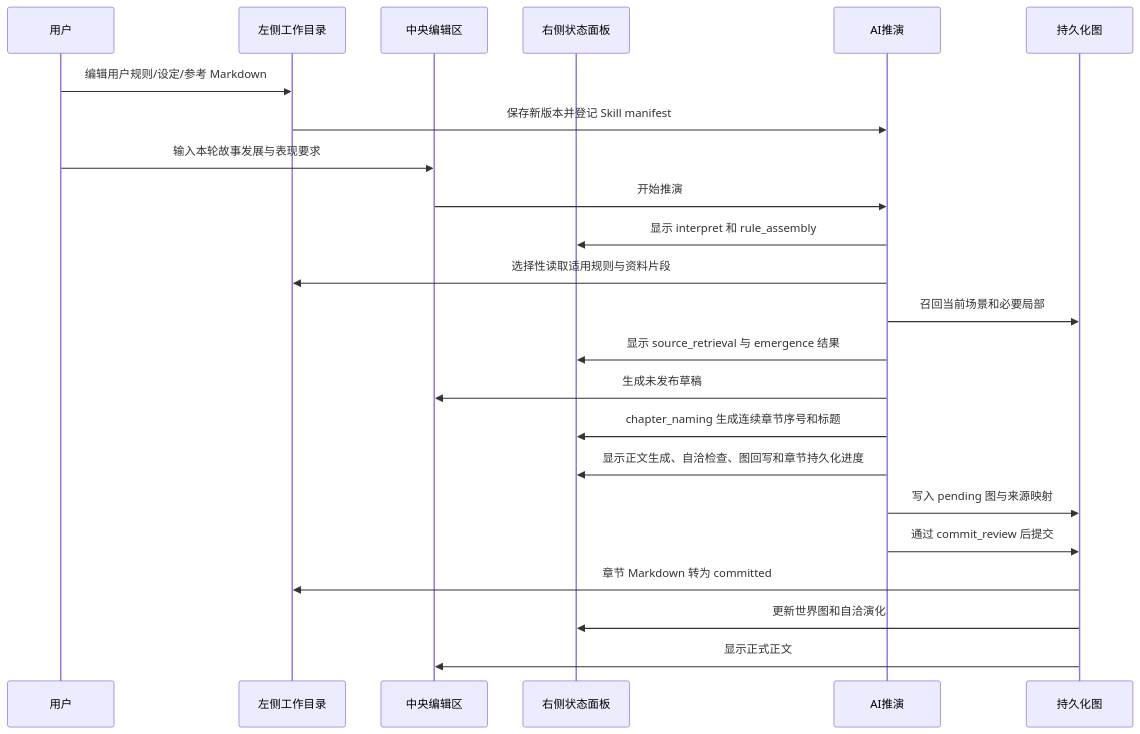
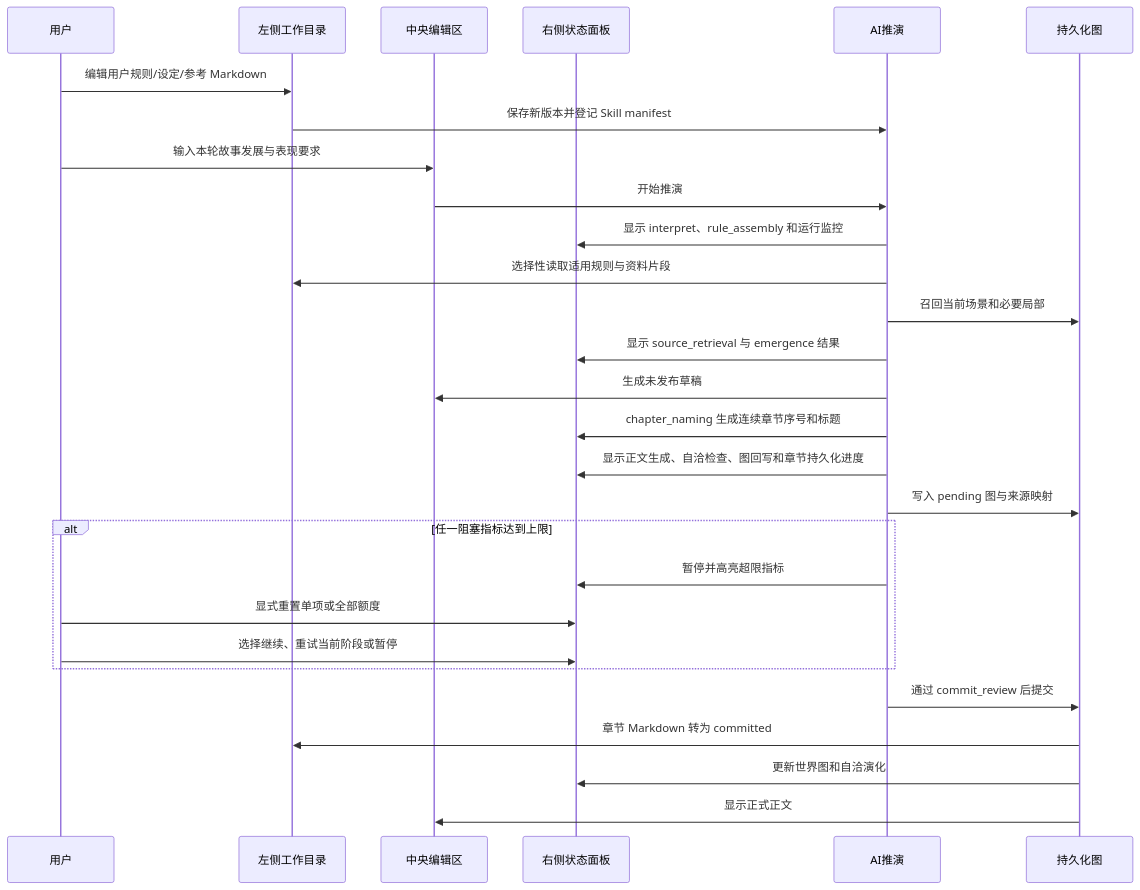
The second of 2 diagrams in docs/ui-design.md (LastEmbryo2950618641/WorldSeed), drawn with Mermaid before and after one commit. The commit also changed other lines of this file and 68 other files, not shown here.

````diff
--- a/docs/ui-design.md
+++ b/docs/ui-design.md
@@ -456,26 +490,31 @@
 ```mermaid
 sequenceDiagram
     participant U as 用户
     participant L as 左侧工作目录
     participant C as 中央编辑区
     participant R as 右侧状态面板
     participant A as AI推演
     participant G as 持久化图
 
     U->>L: 编辑用户规则/设定/参考 Markdown
     L->>A: 保存新版本并登记 Skill manifest
     U->>C: 输入本轮故事发展与表现要求
     C->>A: 开始推演
-    A->>R: 显示 interpret 和 rule_assembly
+    A->>R: 显示 interpret、rule_assembly 和运行监控
     A->>L: 选择性读取适用规则与资料片段
     A->>G: 召回当前场景和必要局部
     A->>R: 显示 source_retrieval 与 emergence 结果
     A->>C: 生成未发布草稿
     A->>R: chapter_naming 生成连续章节序号和标题
     A->>R: 显示正文生成、自洽检查、图回写和章节持久化进度
     A->>G: 写入 pending 图与来源映射
+    alt 任一阻塞指标达到上限
+        A->>R: 暂停并高亮超限指标
+        U->>R: 显式重置单项或全部额度
+        U->>R: 选择继续、重试当前阶段或暂停
+    end
     A->>G: 通过 commit_review 后提交
     G->>L: 章节 Markdown 转为 committed
     G->>R: 更新世界图和自洽演化
     G->>C: 显示正式正文
 ```
````
